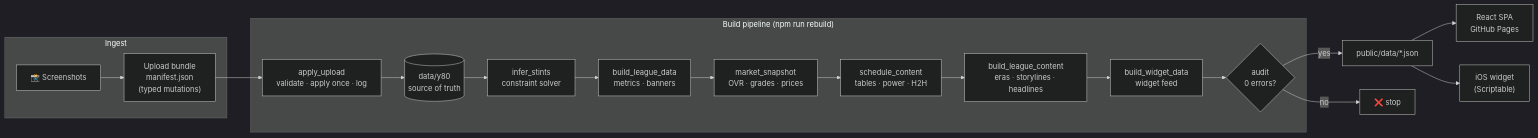
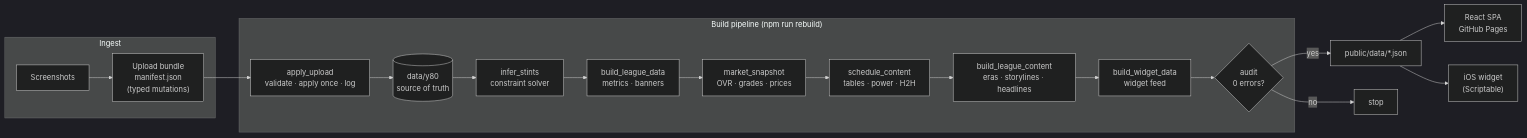
The diagram in README.md (sakisaki-dev/RetroVault), drawn with Mermaid (dark theme) before and after one commit. The commit also changed other lines of this file, not shown here.

````diff
--- a/README.md
+++ b/README.md
@@ -53,20 +44,20 @@
 ```mermaid
 flowchart LR
   subgraph Ingest
-    A["📸 Screenshots"] --> B["Upload bundle<br/>manifest.json<br/>(typed mutations)"]
+    A["Screenshots"] --> B["Upload bundle<br/>manifest.json<br/>(typed mutations)"]
   end
   subgraph Pipeline["Build pipeline (npm run rebuild)"]
     B --> C["apply_upload<br/>validate · apply once · log"]
     C --> D[("data/y80<br/>source of truth")]
     D --> E["infer_stints<br/>constraint solver"]
     E --> F["build_league_data<br/>metrics · banners"]
     F --> G["market_snapshot<br/>OVR · grades · prices"]
     G --> H["schedule_content<br/>tables · power · H2H"]
     H --> I["build_league_content<br/>eras · storylines · headlines"]
     I --> J["build_widget_data<br/>widget feed"]
     J --> K{"audit<br/>0 errors?"}
   end
   K -- yes --> L["public/data/*.json"] --> M["React SPA<br/>GitHub Pages"]
   L --> N["iOS widget<br/>(Scriptable)"]
-  K -- no --> X["❌ stop"]
+  K -- no --> X["stop"]
 ```
````
